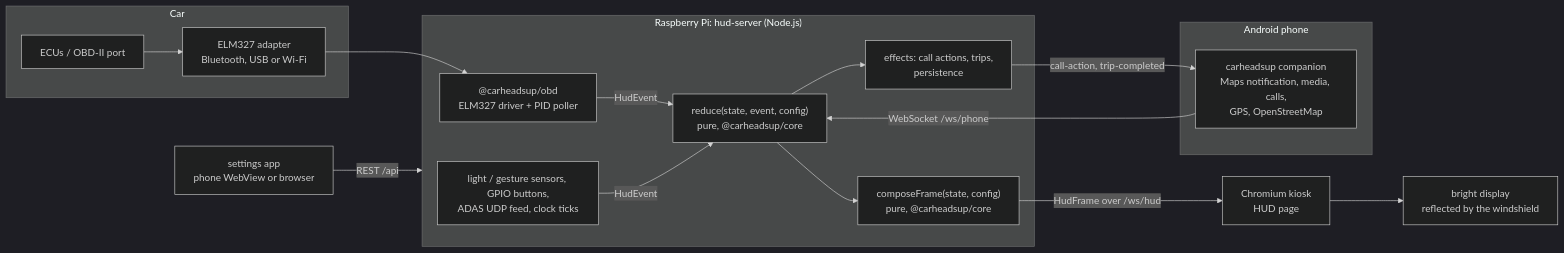
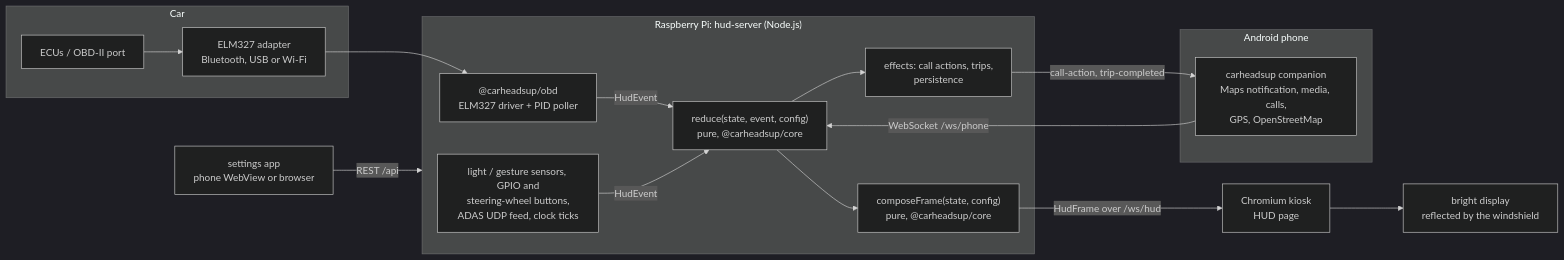
One commit to Platteration/carheadsup changed the diagram in README.md. Above: the diagram before and after it, drawn with Mermaid (dark theme). The commit also changed other lines of this file and 64 other files, not shown here.

First line of the commit message:
Add a browser-only drive simulator and steering-wheel button inputs

````diff
--- a/README.md
+++ b/README.md
@@ -195,26 +210,26 @@
 ```mermaid
 flowchart LR
   subgraph car["Car"]
     ecu["ECUs / OBD-II port"] --> elm["ELM327 adapter<br/>Bluetooth, USB or Wi-Fi"]
   end
   subgraph phone["Android phone"]
     app["carheadsup companion<br/>Maps notification, media, calls,<br/>GPS, OpenStreetMap"]
   end
   subgraph pi["Raspberry Pi: hud-server (Node.js)"]
     obd["@carheadsup/obd<br/>ELM327 driver + PID poller"]
-    inputs["light / gesture sensors, GPIO buttons,<br/>ADAS UDP feed, clock ticks"]
+    inputs["light / gesture sensors, GPIO and<br/>steering-wheel buttons,<br/>ADAS UDP feed, clock ticks"]
     reduce["reduce(state, event, config)<br/>pure, @carheadsup/core"]
     compose["composeFrame(state, config)<br/>pure, @carheadsup/core"]
     effects["effects: call actions, trips,<br/>persistence"]
   end
   elm --> obd
   obd -->|"HudEvent"| reduce
   inputs -->|"HudEvent"| reduce
   app -->|"WebSocket /ws/phone"| reduce
   reduce --> compose
   reduce --> effects
   effects -->|"call-action, trip-completed"| app
   compose -->|"HudFrame over /ws/hud"| kiosk["Chromium kiosk<br/>HUD page"]
   kiosk --> display["bright display<br/>reflected by the windshield"]
   settings["settings app<br/>phone WebView or browser"] -->|"REST /api"| pi
 ```
````
